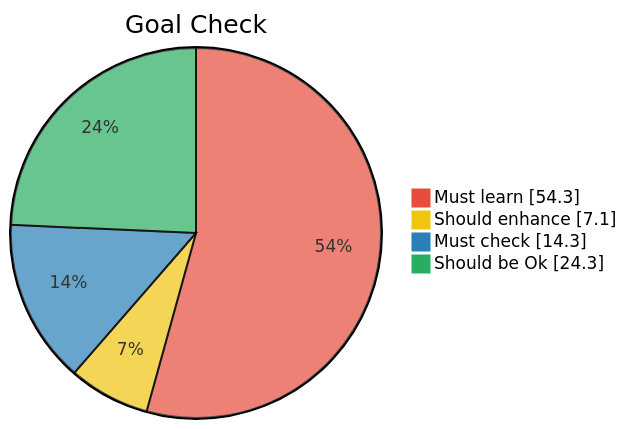
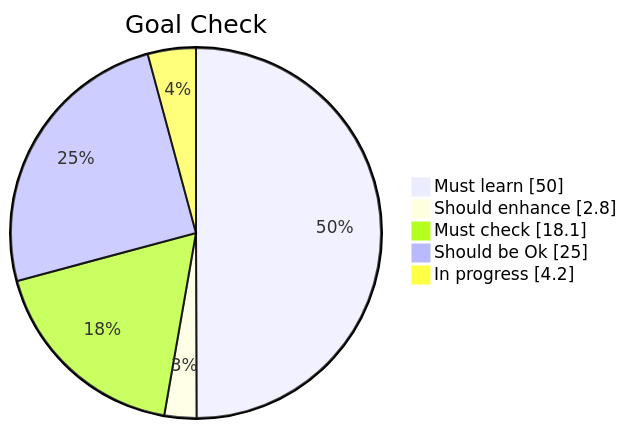
One commit to nadnone/nadnone changed the diagram in README.md. Above: the diagram before and after it, drawn with Mermaid. The commit also changed other lines of this file, not shown here.

Commit message:
update pie chart
change values, add new section

````diff
--- a/README.md
+++ b/README.md
@@ -7,25 +7,27 @@
 ```mermaid
 
 %%{
 init: 
     {
     "theme": "black",
     "themeVariables": 
         {   
             "pie1": "#e74c3c",
             "pie2": "#f1c40f",
             "pie3": "#2980b9",
             "pie4": "#27ae60"
+            "pie5": "#95a5a6"
         }
     }
 }%%
 
 pie showData
     title Goal Check
-    "Must learn": 54.3
-    "Should enhance": 7.1
-    "Must check": 14.3
-    "Should be Ok": 24.3
+    "Must learn": 50.0
+    "Should enhance": 2.8
+    "Must check": 18.1
+    "Should be Ok": 25.0
+    "In progress": 4.2
 
 
 ```
````
